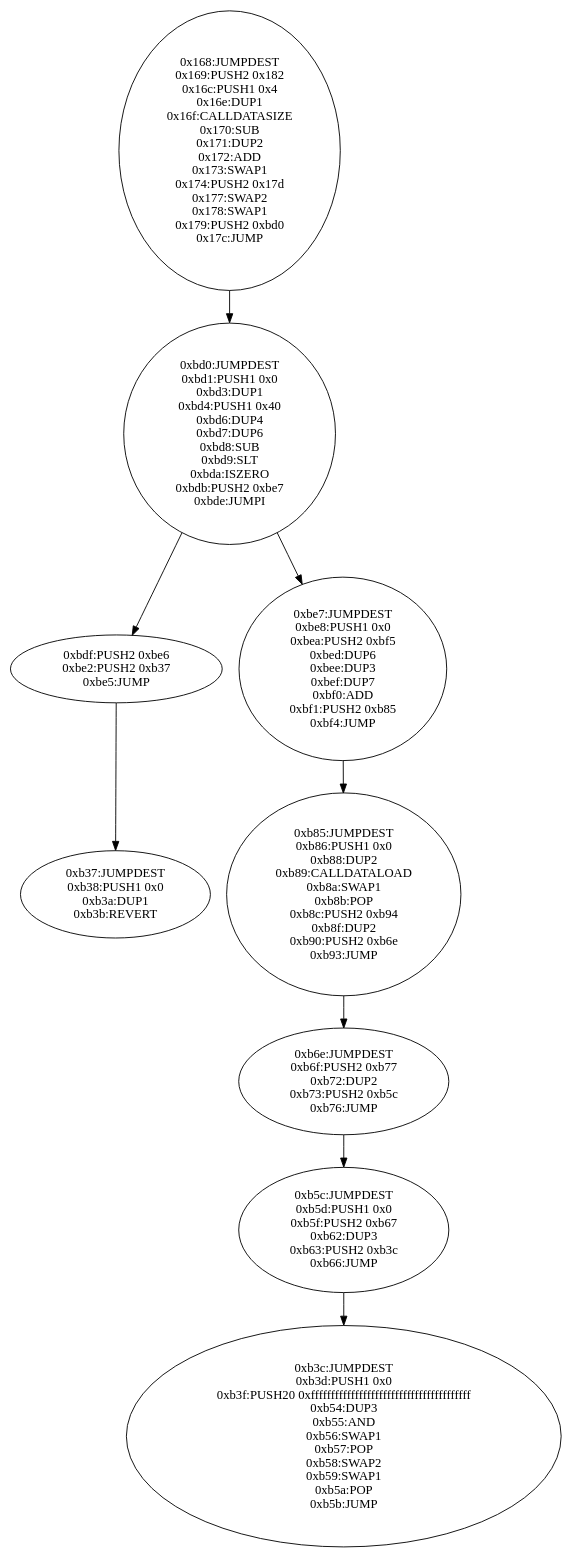
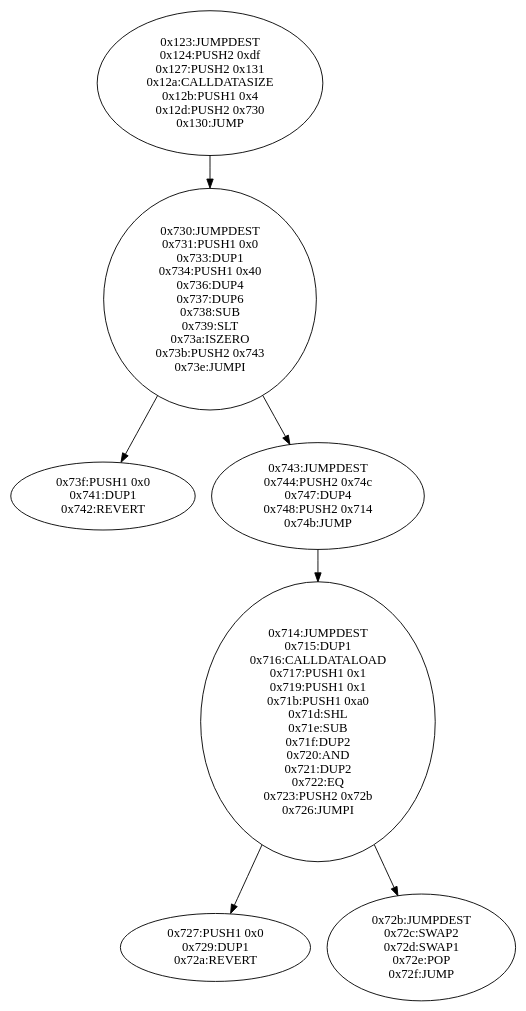
Before and after one commit to steventhornton/openzeppelin-research-project: the diagram in erc20-example/cfg/output/Token.bin-runtime_increaseAllowance(address,uint256).dot, drawn with Graphviz. The commit also changed 12 other files, not shown here.

```diff
--- a/erc20-example/cfg/output/Token.bin-runtime_increaseAllowance(address,uint256).dot
+++ b/erc20-example/cfg/output/Token.bin-runtime_increaseAllowance(address,uint256).dot
@@ -1,84 +1,57 @@
 digraph{
-360[label="0x168:JUMPDEST
-0x169:PUSH2 0x182
-0x16c:PUSH1 0x4
-0x16e:DUP1
-0x16f:CALLDATASIZE
-0x170:SUB
-0x171:DUP2
-0x172:ADD
-0x173:SWAP1
-0x174:PUSH2 0x17d
-0x177:SWAP2
-0x178:SWAP1
-0x179:PUSH2 0xbd0
-0x17c:JUMP"]
-360 -> 3024
-3024[label="0xbd0:JUMPDEST
-0xbd1:PUSH1 0x0
-0xbd3:DUP1
-0xbd4:PUSH1 0x40
-0xbd6:DUP4
-0xbd7:DUP6
-0xbd8:SUB
-0xbd9:SLT
-0xbda:ISZERO
-0xbdb:PUSH2 0xbe7
-0xbde:JUMPI"]
-3024 -> 3039
-3024 -> 3047
-3039[label="0xbdf:PUSH2 0xbe6
-0xbe2:PUSH2 0xb37
-0xbe5:JUMP"]
-3039 -> 2871
-3047[label="0xbe7:JUMPDEST
-0xbe8:PUSH1 0x0
-0xbea:PUSH2 0xbf5
-0xbed:DUP6
-0xbee:DUP3
-0xbef:DUP7
-0xbf0:ADD
-0xbf1:PUSH2 0xb85
-0xbf4:JUMP"]
-3047 -> 2949
-2871[label="0xb37:JUMPDEST
-0xb38:PUSH1 0x0
-0xb3a:DUP1
-0xb3b:REVERT"]
-2949[label="0xb85:JUMPDEST
-0xb86:PUSH1 0x0
-0xb88:DUP2
-0xb89:CALLDATALOAD
-0xb8a:SWAP1
-0xb8b:POP
-0xb8c:PUSH2 0xb94
-0xb8f:DUP2
-0xb90:PUSH2 0xb6e
-0xb93:JUMP"]
-2949 -> 2926
-2926[label="0xb6e:JUMPDEST
-0xb6f:PUSH2 0xb77
-0xb72:DUP2
-0xb73:PUSH2 0xb5c
-0xb76:JUMP"]
-2926 -> 2908
-2908[label="0xb5c:JUMPDEST
-0xb5d:PUSH1 0x0
-0xb5f:PUSH2 0xb67
-0xb62:DUP3
-0xb63:PUSH2 0xb3c
-0xb66:JUMP"]
-2908 -> 2876
-2876[label="0xb3c:JUMPDEST
-0xb3d:PUSH1 0x0
-0xb3f:PUSH20 0xffffffffffffffffffffffffffffffffffffffff
-0xb54:DUP3
-0xb55:AND
-0xb56:SWAP1
-0xb57:POP
-0xb58:SWAP2
-0xb59:SWAP1
-0xb5a:POP
-0xb5b:JUMP"]
+291[label="0x123:JUMPDEST
+0x124:PUSH2 0xdf
+0x127:PUSH2 0x131
+0x12a:CALLDATASIZE
+0x12b:PUSH1 0x4
+0x12d:PUSH2 0x730
+0x130:JUMP"]
+291 -> 1840
+1840[label="0x730:JUMPDEST
+0x731:PUSH1 0x0
+0x733:DUP1
+0x734:PUSH1 0x40
+0x736:DUP4
+0x737:DUP6
+0x738:SUB
+0x739:SLT
+0x73a:ISZERO
+0x73b:PUSH2 0x743
+0x73e:JUMPI"]
+1840 -> 1855
+1840 -> 1859
+1855[label="0x73f:PUSH1 0x0
+0x741:DUP1
+0x742:REVERT"]
+1859[label="0x743:JUMPDEST
+0x744:PUSH2 0x74c
+0x747:DUP4
+0x748:PUSH2 0x714
+0x74b:JUMP"]
+1859 -> 1812
+1812[label="0x714:JUMPDEST
+0x715:DUP1
+0x716:CALLDATALOAD
+0x717:PUSH1 0x1
+0x719:PUSH1 0x1
+0x71b:PUSH1 0xa0
+0x71d:SHL
+0x71e:SUB
+0x71f:DUP2
+0x720:AND
+0x721:DUP2
+0x722:EQ
+0x723:PUSH2 0x72b
+0x726:JUMPI"]
+1812 -> 1831
+1812 -> 1835
+1831[label="0x727:PUSH1 0x0
+0x729:DUP1
+0x72a:REVERT"]
+1835[label="0x72b:JUMPDEST
+0x72c:SWAP2
+0x72d:SWAP1
+0x72e:POP
+0x72f:JUMP"]
 
 }
```
